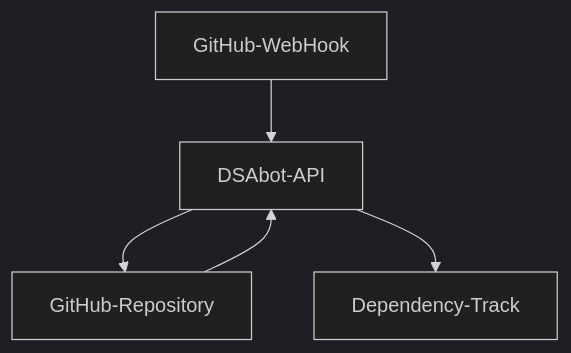
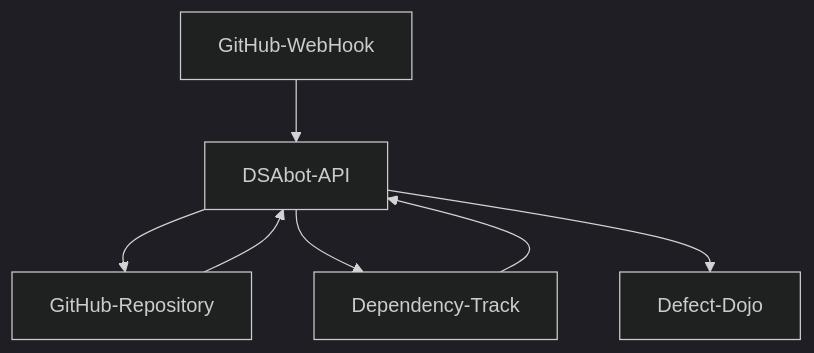
One commit to security-opensource/DSAbot changed the diagram in README.md. Above: the diagram before and after it, drawn with Mermaid (dark theme).

````diff
--- a/README.md
+++ b/README.md
@@ -52,7 +52,9 @@
  ```mermaid
 graph TD;
     GitHub-WebHook-->DSAbot-API;
     DSAbot-API-->GitHub-Repository;
     GitHub-Repository-->DSAbot-API;
     DSAbot-API-->Dependency-Track;
+    Dependency-Track-->DSAbot-API;
+    DSAbot-API-->Defect-Dojo;
 ```
````
